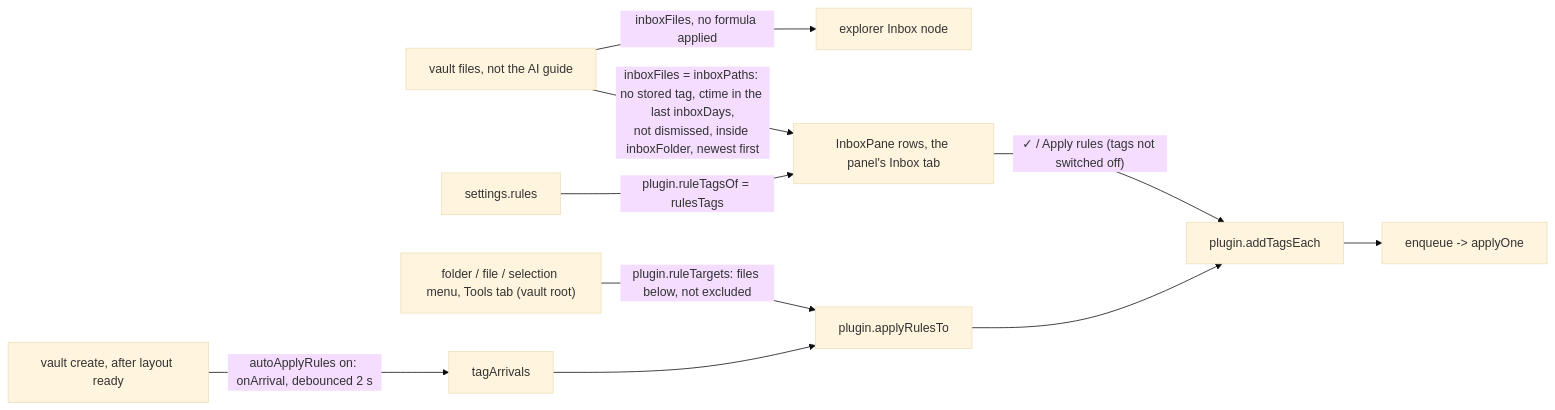
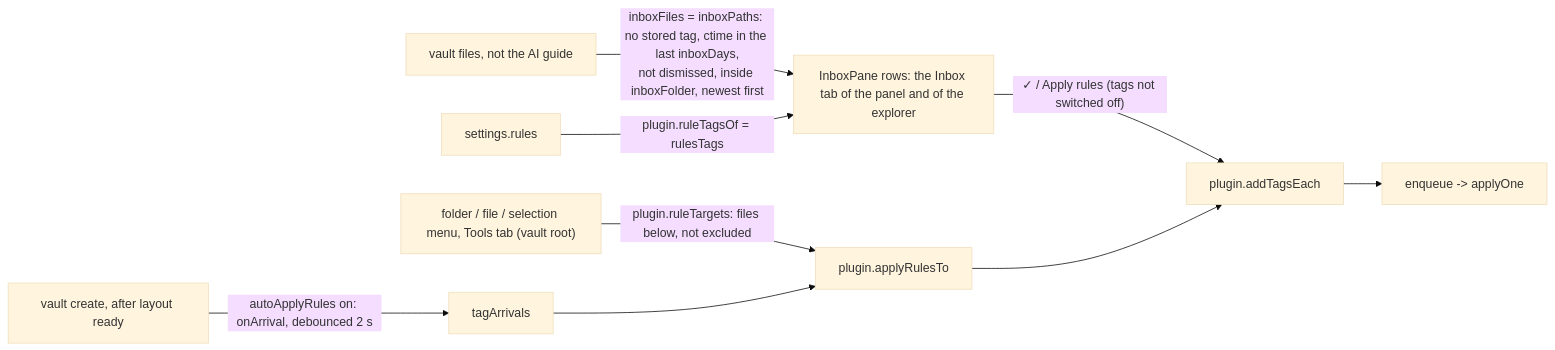
The sixth of 10 diagrams in plugins/tag-everything/docs/architecture.md (AlbanMontaigu/obsidian), drawn with Mermaid (base theme) before and after one commit. The commit also changed other lines of this file and 9 other files, not shown here.

First line of the commit message:
tag-everything 0.29.0: explorer Tags and Inbox tabs, Tools cards, clearer Selection tab

````diff
--- a/plugins/tag-everything/docs/architecture.md
+++ b/plugins/tag-everything/docs/architecture.md
@@ -186,11 +186,10 @@
 ```mermaid
 flowchart LR
-  files[vault files, not the AI guide] -->|"inboxFiles = inboxPaths: no stored tag, ctime in the last inboxDays,<br/>not dismissed, inside inboxFolder, newest first"| inbox[InboxPane rows, the panel's Inbox tab]
-  files -->|inboxFiles, no formula applied| exnode[explorer Inbox node]
+  files[vault files, not the AI guide] -->|"inboxFiles = inboxPaths: no stored tag, ctime in the last inboxDays,<br/>not dismissed, inside inboxFolder, newest first"| inbox[InboxPane rows: the Inbox tab of the panel and of the explorer]
   rules[settings.rules] -->|plugin.ruleTagsOf = rulesTags| inbox
   inbox -->|"✓ / Apply rules (tags not switched off)"| add[plugin.addTagsEach]
   pick["folder / file / selection menu, Tools tab (vault root)"] -->|"plugin.ruleTargets: files below, not excluded"| apply[plugin.applyRulesTo]
   create[vault create, after layout ready] -->|autoApplyRules on: onArrival, debounced 2 s| arr[tagArrivals] --> apply
   apply --> add
   add --> wp[enqueue -> applyOne]
 ```
````
